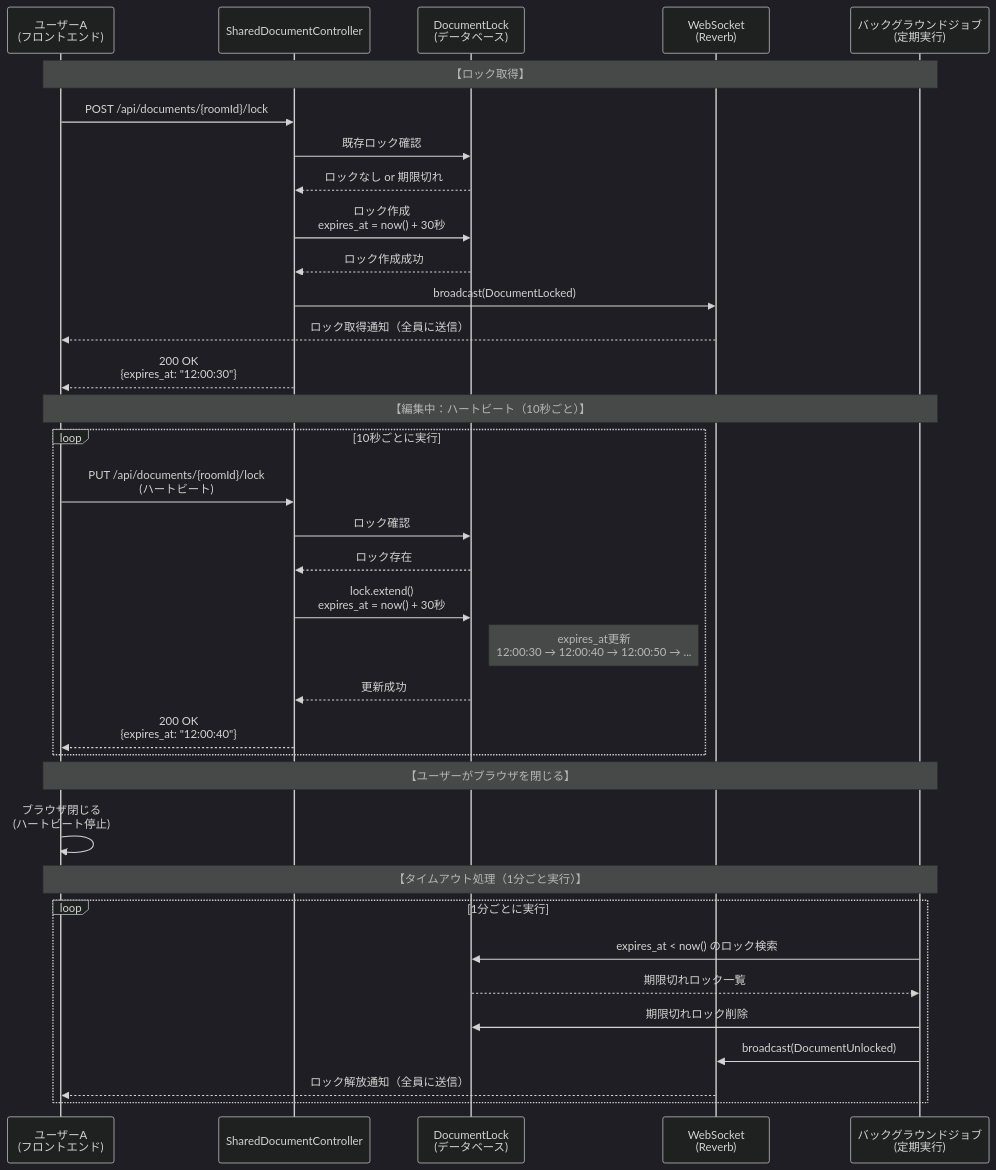
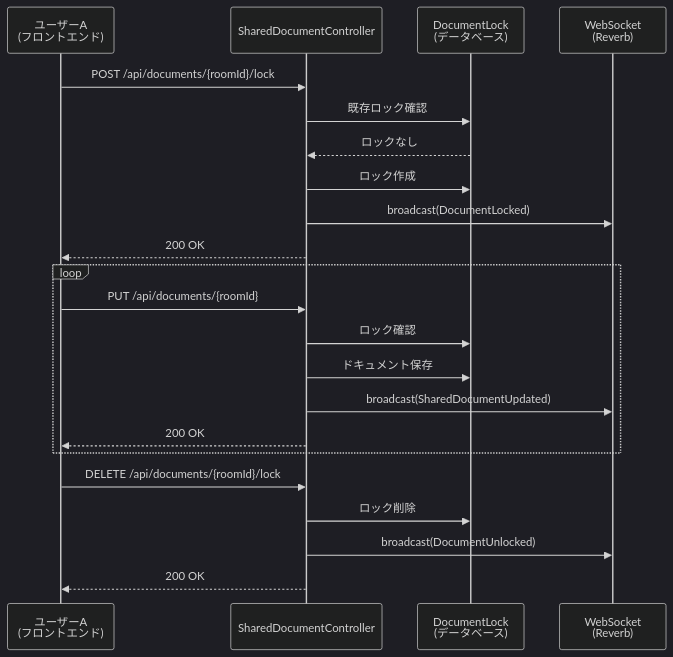
One commit to idw-coder/laravel-rds changed the diagram in DOCUMENT_LOCK_FLOW.md. Above: the diagram before and after it, drawn with Mermaid (dark theme). The commit also changed other lines of this file and 4 other files, not shown here.

````diff
--- a/DOCUMENT_LOCK_FLOW.md
+++ b/DOCUMENT_LOCK_FLOW.md
@@ -5,41 +5,27 @@
 ```mermaid
 sequenceDiagram
     participant User as ユーザーA<br/>(フロントエンド)
     participant API as SharedDocumentController
     participant DB as DocumentLock<br/>(データベース)
     participant WS as WebSocket<br/>(Reverb)
-    participant Job as バックグラウンドジョブ<br/>(定期実行)
 
-    Note over User,Job: 【ロック取得】
     User->>API: POST /api/documents/{roomId}/lock
     API->>DB: 既存ロック確認
-    DB-->>API: ロックなし or 期限切れ
-    API->>DB: ロック作成<br/>expires_at = now() + 30秒
-    DB-->>API: ロック作成成功
+    DB-->>API: ロックなし
+    API->>DB: ロック作成
     API->>WS: broadcast(DocumentLocked)
-    WS-->>User: ロック取得通知（全員に送信）
-    API-->>User: 200 OK<br/>{expires_at: "12:00:30"}
+    API-->>User: 200 OK
 
-    Note over User,Job: 【編集中：ハートビート（10秒ごと）】
-    loop 10秒ごとに実行
-        User->>API: PUT /api/documents/{roomId}/lock<br/>(ハートビート)
+    loop
+        User->>API: PUT /api/documents/{roomId}
         API->>DB: ロック確認
-        DB-->>API: ロック存在
-        API->>DB: lock.extend()<br/>expires_at = now() + 30秒
-        Note right of DB: expires_at更新<br/>12:00:30 → 12:00:40 → 12:00:50 → ...
-        DB-->>API: 更新成功
-        API-->>User: 200 OK<br/>{expires_at: "12:00:40"}
+        API->>DB: ドキュメント保存
+        API->>WS: broadcast(SharedDocumentUpdated)
+        API-->>User: 200 OK
     end
 
-    Note over User,Job: 【ユーザーがブラウザを閉じる】
-    User->>User: ブラウザ閉じる<br/>(ハートビート停止)
-
-    Note over User,Job: 【タイムアウト処理（1分ごと実行）】
-    loop 1分ごとに実行
-        Job->>DB: expires_at < now() のロック検索
-        DB-->>Job: 期限切れロック一覧
-        Job->>DB: 期限切れロック削除
-        Job->>WS: broadcast(DocumentUnlocked)
-        WS-->>User: ロック解放通知（全員に送信）
-    end
+    User->>API: DELETE /api/documents/{roomId}/lock
+    API->>DB: ロック削除
+    API->>WS: broadcast(DocumentUnlocked)
+    API-->>User: 200 OK
 ```
````
